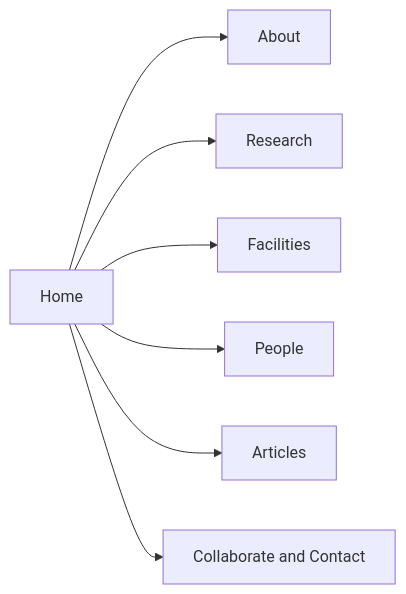
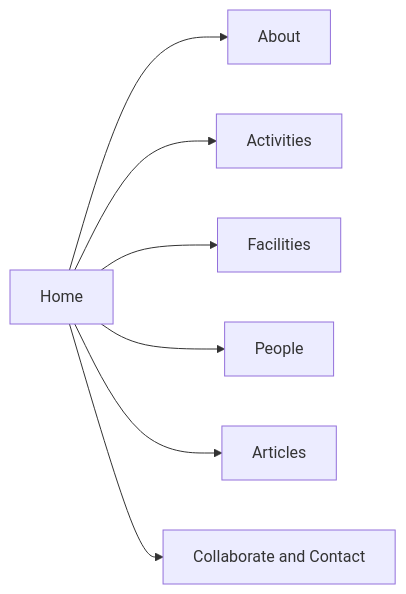
The first of 7 diagrams in conceptual/microsite_concept.md (fhtm21/InnoLab), drawn with Mermaid before and after one commit. The commit also changed other lines of this file and 3 other files, not shown here.

````diff
--- a/conceptual/microsite_concept.md
+++ b/conceptual/microsite_concept.md
@@ -94,9 +90,9 @@
 ```mermaid
 flowchart LR
   H[Home] --> A[About]
-  H --> R[Research]
+  H --> AC[Activities]
   H --> F[Facilities]
   H --> P[People]
   H --> AR[Articles]
   H --> C[Collaborate and Contact]
 ```
````
